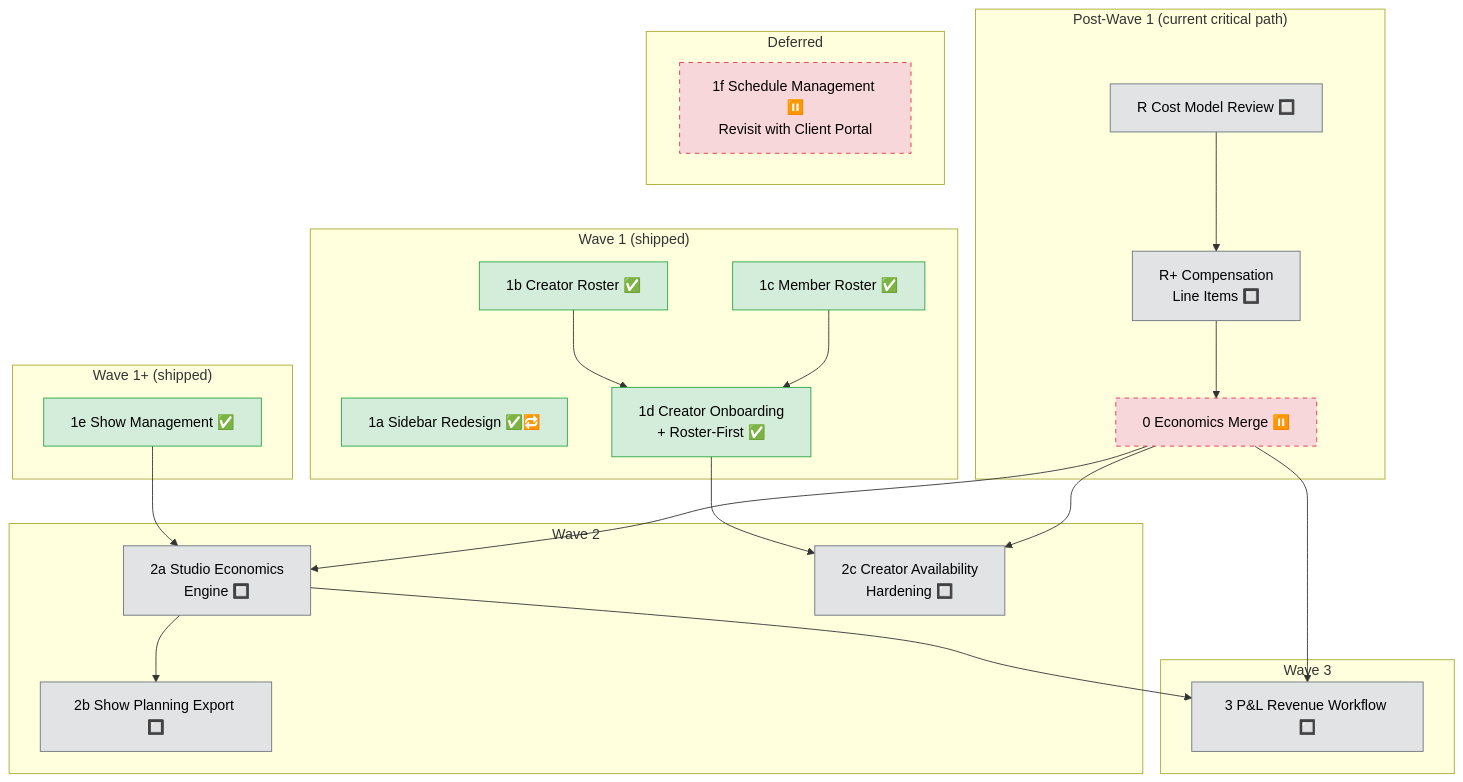
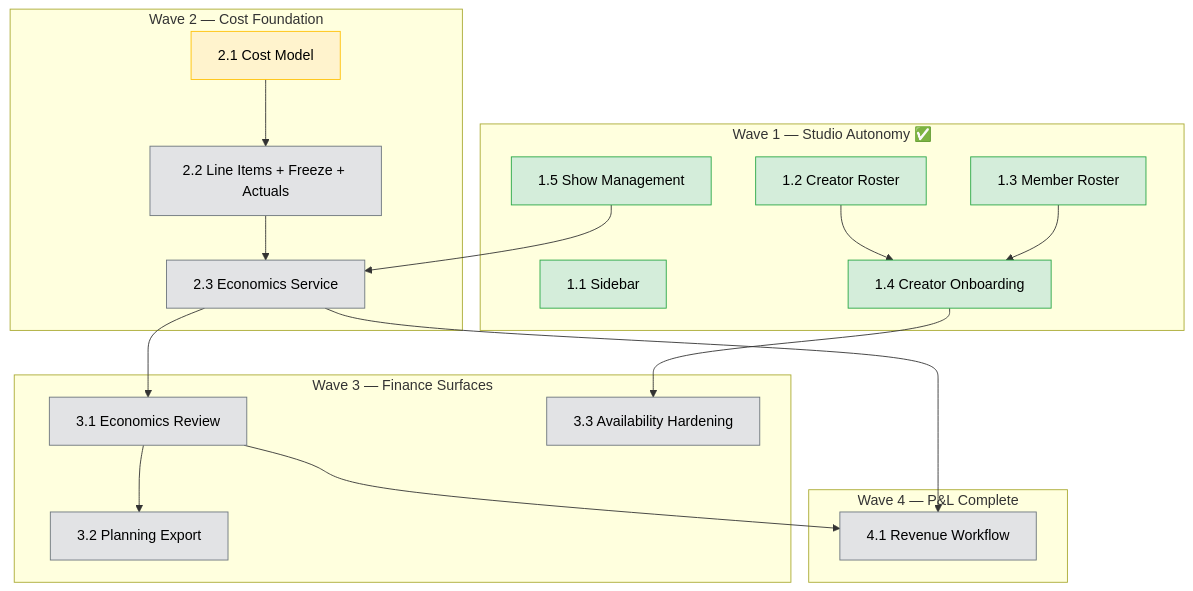
The diagram in docs/roadmap/PHASE_4.md (allenlin90/eridu-services), drawn with Mermaid before and after one commit. The commit also changed other lines of this file and 26 other files, not shown here.

````diff
--- a/docs/roadmap/PHASE_4.md
+++ b/docs/roadmap/PHASE_4.md
@@ -58,55 +62,44 @@
 ```mermaid
 flowchart TD
-    subgraph wave1["Wave 1 (shipped)"]
-        1a["1a Sidebar Redesign ✅🔁"]
-        1b["1b Creator Roster ✅"]
-        1c["1c Member Roster ✅"]
-        1d["1d Creator Onboarding\n+ Roster-First ✅"]
+    subgraph wave1["Wave 1 — Studio Autonomy ✅"]
+        W1_1["1.1 Sidebar"]
+        W1_2["1.2 Creator Roster"]
+        W1_3["1.3 Member Roster"]
+        W1_4["1.4 Creator Onboarding"]
+        W1_5["1.5 Show Management"]
     end
 
-    subgraph wave1plus["Wave 1+ (shipped)"]
-        1e["1e Show Management ✅"]
+    subgraph wave2["Wave 2 — Cost Foundation"]
+        W2_1["2.1 Cost Model"]
+        W2_2["2.2 Line Items + Freeze + Actuals"]
+        W2_3["2.3 Economics Service"]
     end
 
-    subgraph postwave1["Post-Wave 1 (current critical path)"]
-        R["R Cost Model Review 🔲"]
-        Rplus["R+ Compensation\nLine Items 🔲"]
-        E0["0 Economics Merge ⏸️"]
+    subgraph wave3["Wave 3 — Finance Surfaces"]
+        W3_1["3.1 Economics Review"]
+        W3_2["3.2 Planning Export"]
+        W3_3["3.3 Availability Hardening"]
     end
 
-    subgraph wave2["Wave 2"]
-        2a["2a Studio Economics\nEngine 🔲"]
-        2b["2b Show Planning Export 🔲"]
-        2c["2c Creator Availability\nHardening 🔲"]
+    subgraph wave4["Wave 4 — P&L Complete"]
+        W4_1["4.1 Revenue Workflow"]
     end
 
-    subgraph wave3["Wave 3"]
-        W3["3 P&L Revenue Workflow 🔲"]
-    end
+    W1_2 --> W1_4
+    W1_3 --> W1_4
+    W1_5 --> W2_3
+    W2_1 --> W2_2 --> W2_3
+    W2_3 --> W3_1
+    W3_1 --> W3_2
+    W1_4 --> W3_3
+    W2_3 --> W4_1
+    W3_1 --> W4_1
 
-    subgraph deferred["Deferred"]
-        1f["1f Schedule Management ⏸️\nRevisit with Client Portal"]
-    end
+    classDef done fill:#d4edda,stroke:#28a745,color:#000
+    classDef active fill:#fff3cd,stroke:#ffc107,color:#000
+    classDef planned fill:#e2e3e5,stroke:#6c757d,color:#000
 
-    %% Dependencies
-    1b --> 1d
-    1c --> 1d
-    1e --> 2a
-    R --> Rplus --> E0
-    E0 --> 2a
-    2a --> 2b
-    1d --> 2c
-    E0 --> 2c
-    E0 --> W3
-    2a --> W3
-
-    %% Styling
-    classDef done fill:#d4edda,stroke:#28a745,color:#000
-    classDef next fill:#fff3cd,stroke:#ffc107,color:#000
-    classDef planned fill:#e2e3e5,stroke:#6c757d,color:#000
-    classDef deferredStyle fill:#f8d7da,stroke:#dc3545,color:#000,stroke-dasharray: 5 5
-
-    class 1a,1b,1c,1d,1e done
-    class R,Rplus,2a,2b,2c,W3 planned
-    class E0,1f deferredStyle
+    class W1_1,W1_2,W1_3,W1_4,W1_5 done
+    class W2_1 active
+    class W2_2,W2_3,W3_1,W3_2,W3_3,W4_1 planned
 ```
````
